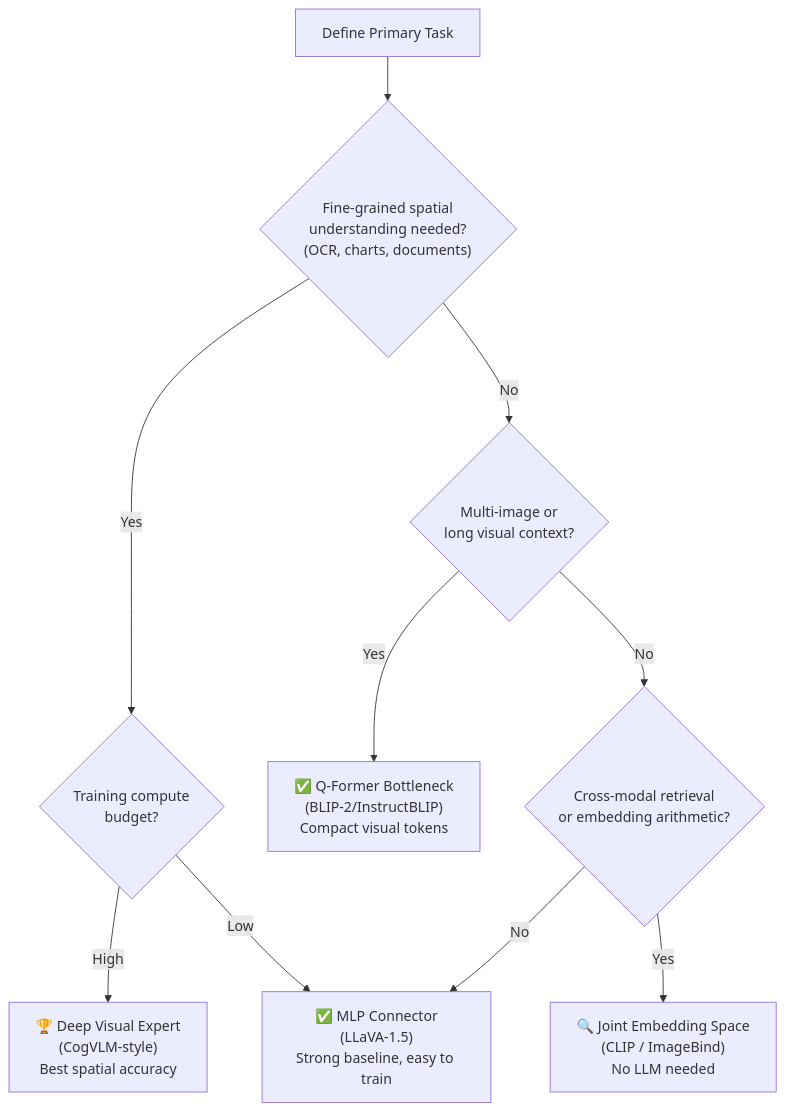
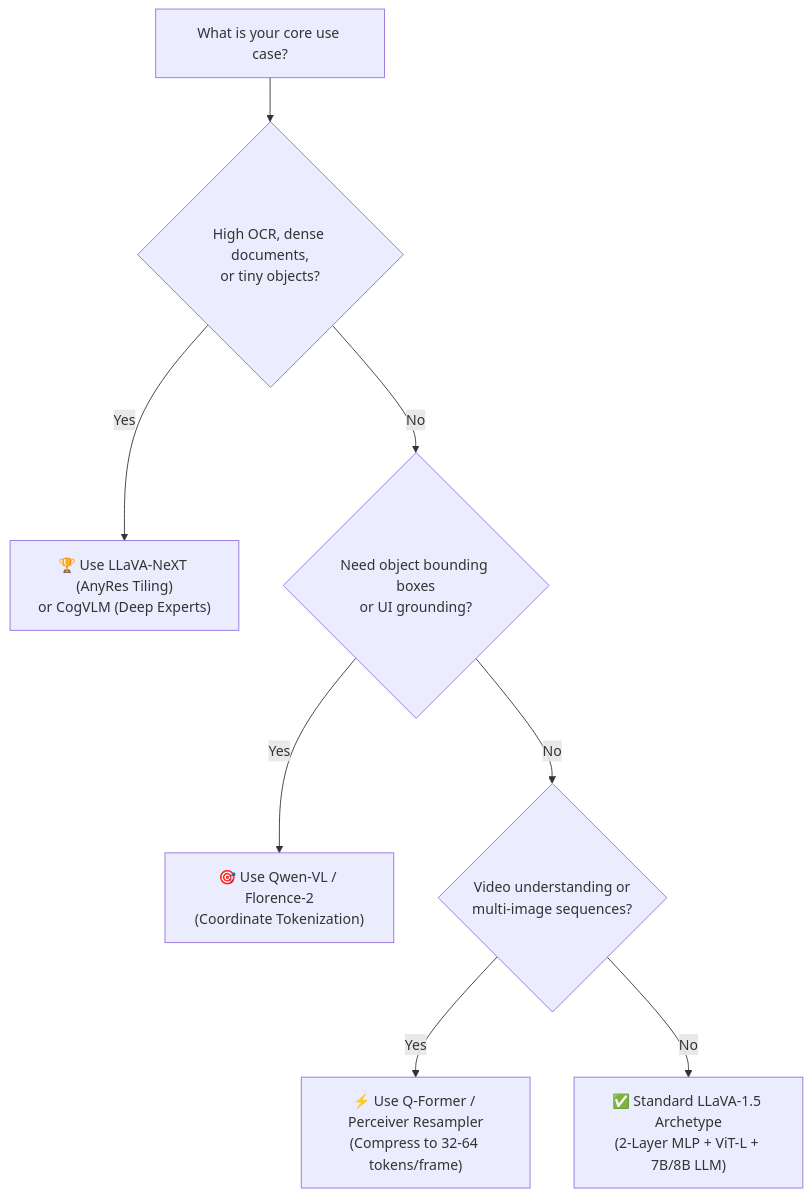
Before and after one commit to subhrm/subhrm.github.io: the sixth of 6 diagrams in src/content/posts/2026-05-22-Multi-Modal-Models.md, drawn with Mermaid. The commit also changed other lines of this file, not shown here.

Commit message:
Simplifying Multimodal LLM Post

````diff
--- a/src/content/posts/2026-05-22-Multi-Modal-Models.md
+++ b/src/content/posts/2026-05-22-Multi-Modal-Models.md
@@ -1328,16 +375,11 @@
 ```mermaid
 graph TD
-    Start["Define Primary Task"]
-    Start --> A{"Fine-grained spatial\nunderstanding needed?\n(OCR, charts, documents)"}
-    A -->|Yes| B{"Training compute\nbudget?"}
-    A -->|No| C{"Multi-image or\nlong visual context?"}
-
-    B -->|High| D["🏆 Deep Visual Expert\n(CogVLM-style)\nBest spatial accuracy"]
-    B -->|Low| E["✅ MLP Connector\n(LLaVA-1.5)\nStrong baseline, easy to train"]
-
-    C -->|Yes| F["✅ Q-Former Bottleneck\n(BLIP-2/InstructBLIP)\nCompact visual tokens"]
-    C -->|No| G{"Cross-modal retrieval\nor embedding arithmetic?"}
-
-    G -->|Yes| H["🔍 Joint Embedding Space\n(CLIP / ImageBind)\nNo LLM needed"]
-    G -->|No| E
+    Start["What is your core use case?"]
+    Start --> A{"High OCR, dense documents,\nor tiny objects?"}
+    A -->|Yes| B["🏆 Use LLaVA-NeXT (AnyRes Tiling)\nor CogVLM (Deep Experts)"]
+    A -->|No| C{"Need object bounding boxes\nor UI grounding?"}
+    C -->|Yes| D["🎯 Use Qwen-VL / Florence-2\n(Coordinate Tokenization)"]
+    C -->|No| E{"Video understanding or\nmulti-image sequences?"}
+    E -->|Yes| F["⚡ Use Q-Former / Perceiver Resampler\n(Compress to 32-64 tokens/frame)"]
+    E -->|No| G["✅ Standard LLaVA-1.5 Archetype\n(2-Layer MLP + ViT-L + 7B/8B LLM)"]
 ```
````
